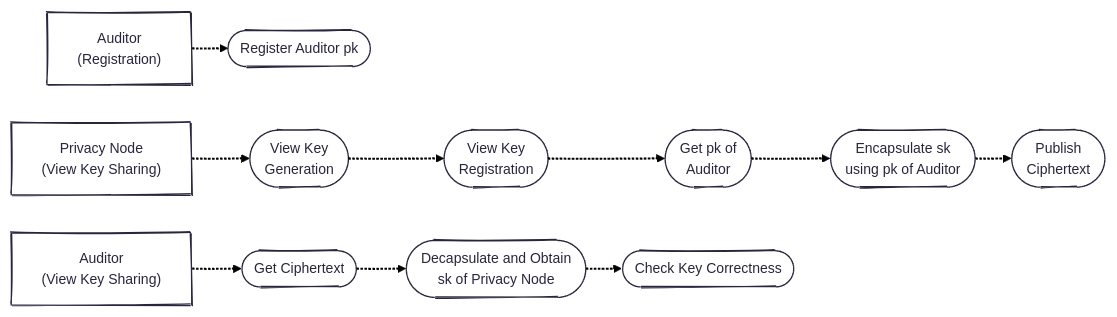
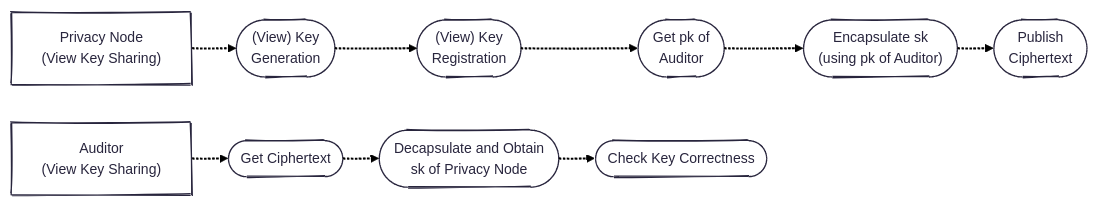
Before and after one commit to raylsnetwork/Enygma: the ninth of 9 diagrams in enygma_payments/protocol_flows.md, drawn with Mermaid. The commit also changed other lines of this file, not shown here.

````diff
--- a/enygma_payments/protocol_flows.md
+++ b/enygma_payments/protocol_flows.md
@@ -191,32 +208,26 @@
 ```mermaid
 ---
 config:
   theme: redux
   layout: elk
   look: handDrawn
 ---
 flowchart LR
 
-    auditor1["Auditor<br>(Registration)"]
-    register_key(["Register Auditor pk"])
-    
-    auditor1 -.-> register_key
-
-
     pn["Privacy Node<br>(View Key Sharing)"]
-    keygen(["View Key<br>Generation"])
-    key_registration(["View Key<br>Registration"])
+    keygen(["(View) Key<br>Generation"])
+    key_registration(["(View) Key<br>Registration"])
     get_auditor_key(["Get pk of<br>Auditor"])
-    encrypt(["Encapsulate sk<br>using pk of Auditor"])
+    encrypt(["Encapsulate sk<br>(using pk of Auditor)"])
     publish_ciphertext(["Publish<br>Ciphertext"])
 
     pn -.-> keygen -.-> key_registration -.-> get_auditor_key -.-> encrypt -.-> publish_ciphertext
 
 
     auditor2["Auditor<br>(View Key Sharing)"]
     get_ciphertext(["Get Ciphertext"])
     decrypt(["Decapsulate and Obtain<br>sk of Privacy Node"])
     check(["Check Key Correctness"])
 
     auditor2 -.-> get_ciphertext -.-> decrypt -.-> check
 ```
````
